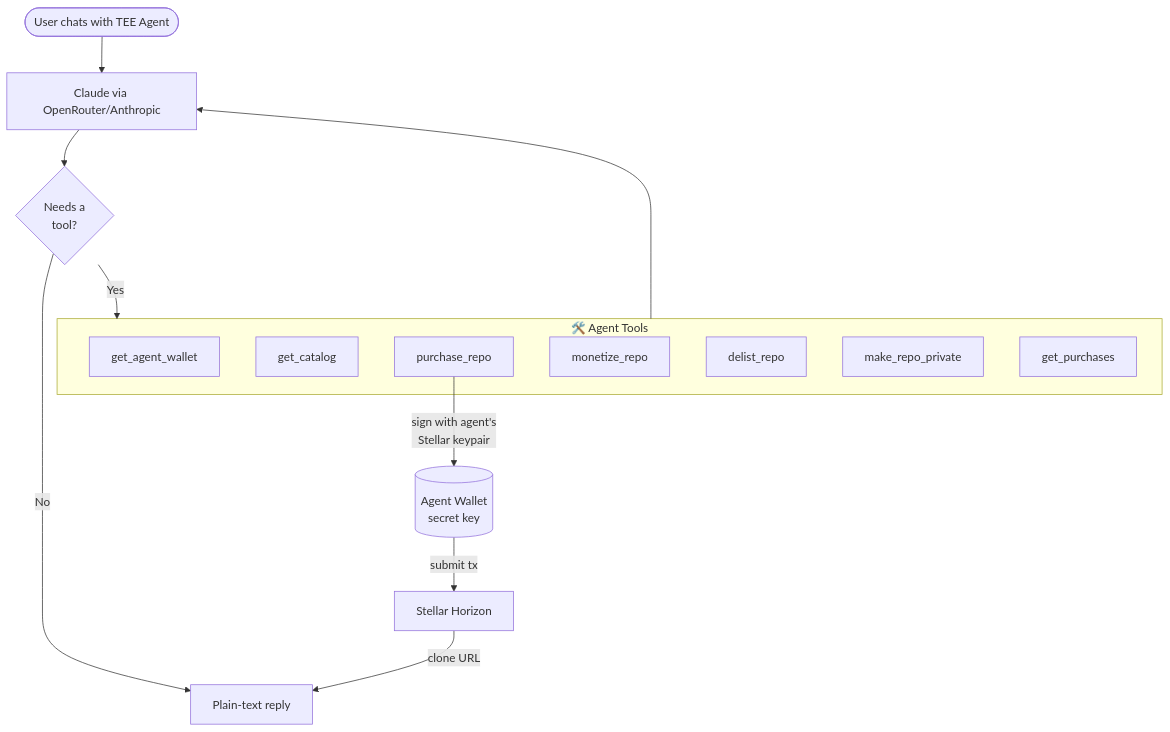
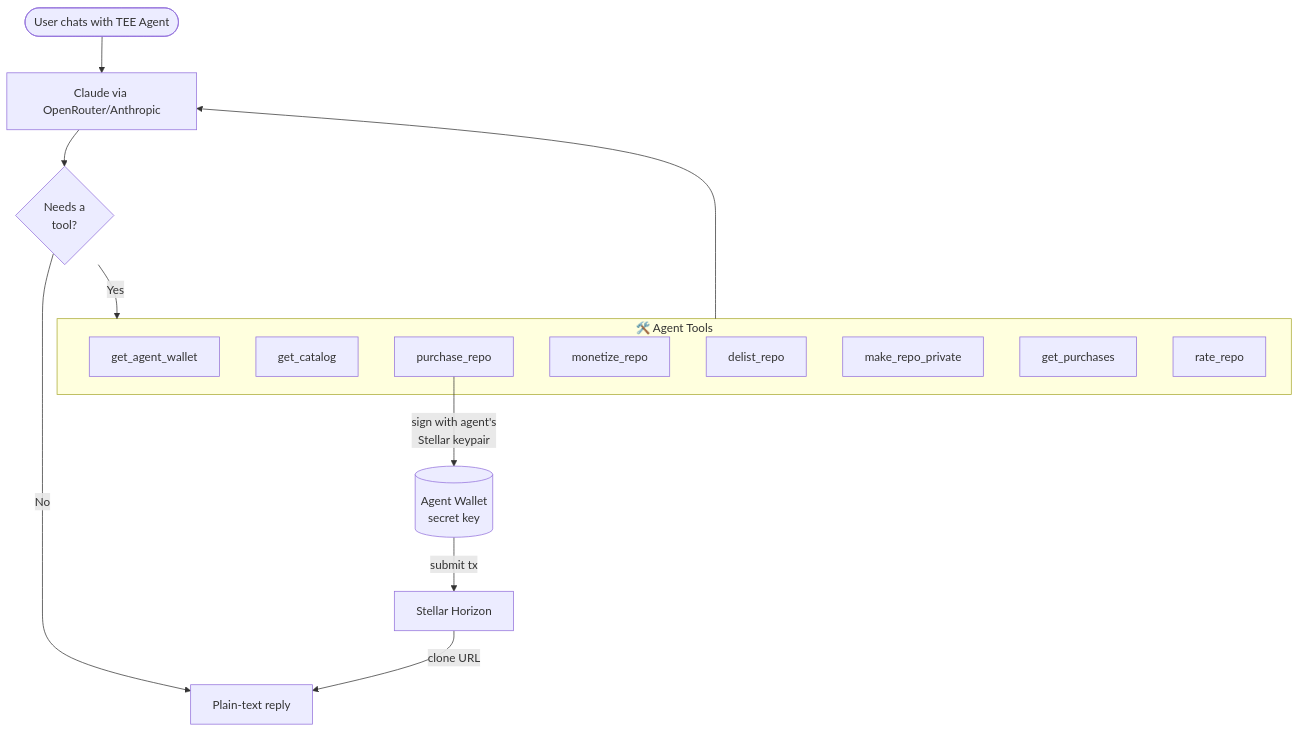
Before and after one commit to vm06007/stellar-bazgit: the seventh of 12 diagrams in README.md, drawn with Mermaid. The commit also changed other lines of this file and 12 other files, not shown here.

````diff
--- a/README.md
+++ b/README.md
@@ -247,22 +248,23 @@
 ```mermaid
 flowchart TD
     User([User chats with TEE Agent]) --> LLM[Claude via OpenRouter/Anthropic]
     LLM --> Decide{Needs a<br/>tool?}
     Decide -->|No| Reply[Plain-text reply]
     Decide -->|Yes| Tools
 
     subgraph Tools["🛠️ Agent Tools"]
         T1[get_agent_wallet]
         T2[get_catalog]
         T3[purchase_repo]
         T4[monetize_repo]
         T5[delist_repo]
         T6[make_repo_private]
         T7[get_purchases]
+        T8[rate_repo]
     end
 
     T3 -->|sign with agent's<br/>Stellar keypair| AgentWallet[(Agent Wallet<br/>secret key)]
     AgentWallet -->|submit tx| Horizon[Stellar Horizon]
     Horizon -->|clone URL| Reply
     Tools --> LLM
 ```
````
